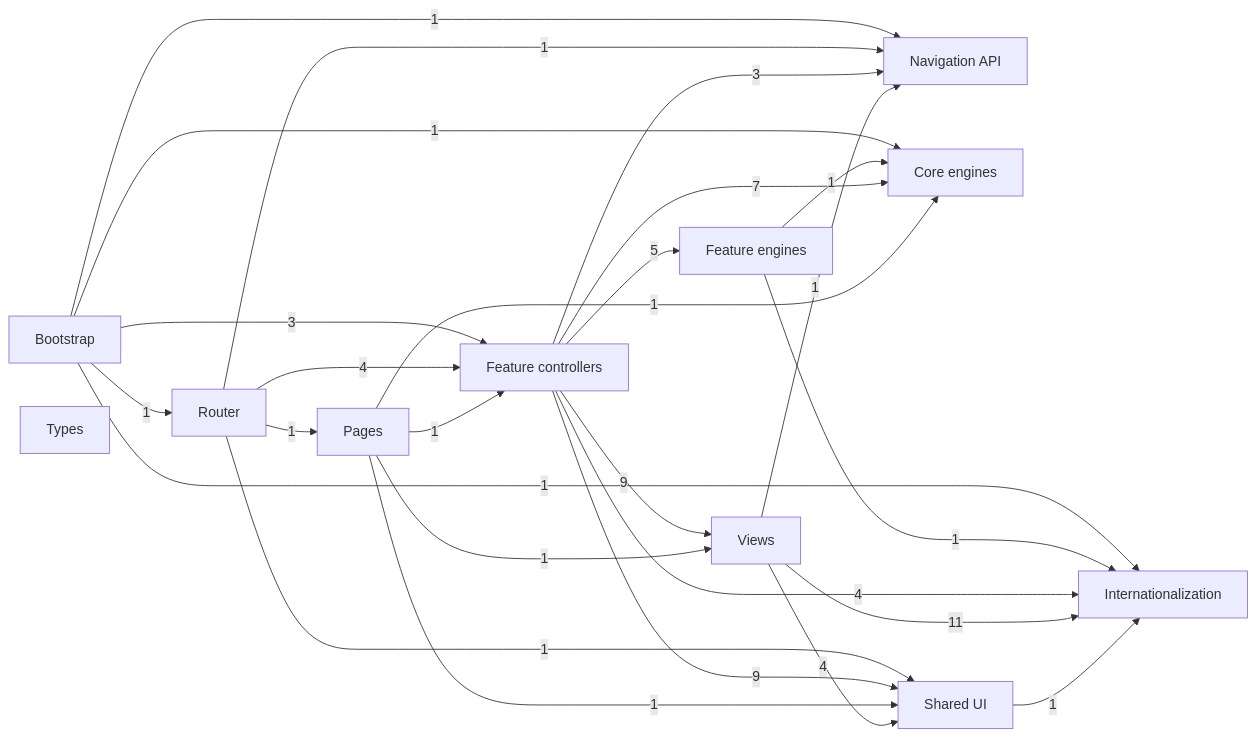
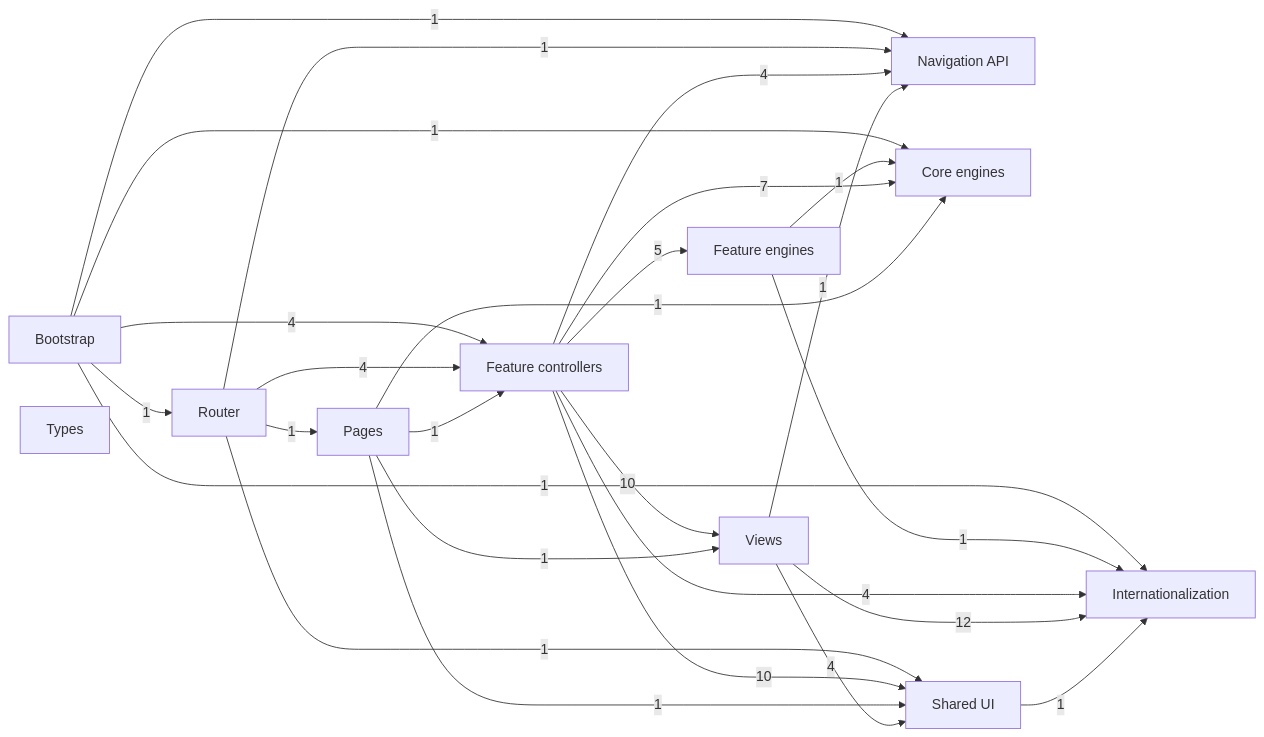
The first of 12 diagrams in docs/dependency-graph.md (temsahak-rgb/Dino-5monde), drawn with Mermaid before and after one commit. The commit also changed other lines of this file and 13 other files, not shown here.

````diff
--- a/docs/dependency-graph.md
+++ b/docs/dependency-graph.md
@@ -12,39 +12,39 @@
 ```mermaid
 flowchart LR
     G0["Bootstrap"]
     G1["Router"]
     G2["Navigation API"]
     G3["Core engines"]
     G4["Feature engines"]
     G5["Feature controllers"]
     G6["Pages"]
     G7["Views"]
     G8["Shared UI"]
     G9["Internationalization"]
     G10["Types"]
     G0 -->|1| G1
     G0 -->|1| G2
     G0 -->|1| G3
-    G0 -->|3| G5
+    G0 -->|4| G5
     G0 -->|1| G9
     G1 -->|1| G2
     G1 -->|4| G5
     G1 -->|1| G6
     G1 -->|1| G8
     G4 -->|1| G3
     G4 -->|1| G9
-    G5 -->|3| G2
+    G5 -->|4| G2
     G5 -->|7| G3
     G5 -->|5| G4
-    G5 -->|9| G7
-    G5 -->|9| G8
+    G5 -->|10| G7
+    G5 -->|10| G8
     G5 -->|4| G9
     G6 -->|1| G3
     G6 -->|1| G5
     G6 -->|1| G7
     G6 -->|1| G8
     G7 -->|1| G2
     G7 -->|4| G8
-    G7 -->|11| G9
+    G7 -->|12| G9
     G8 -->|1| G9
 ```
````
